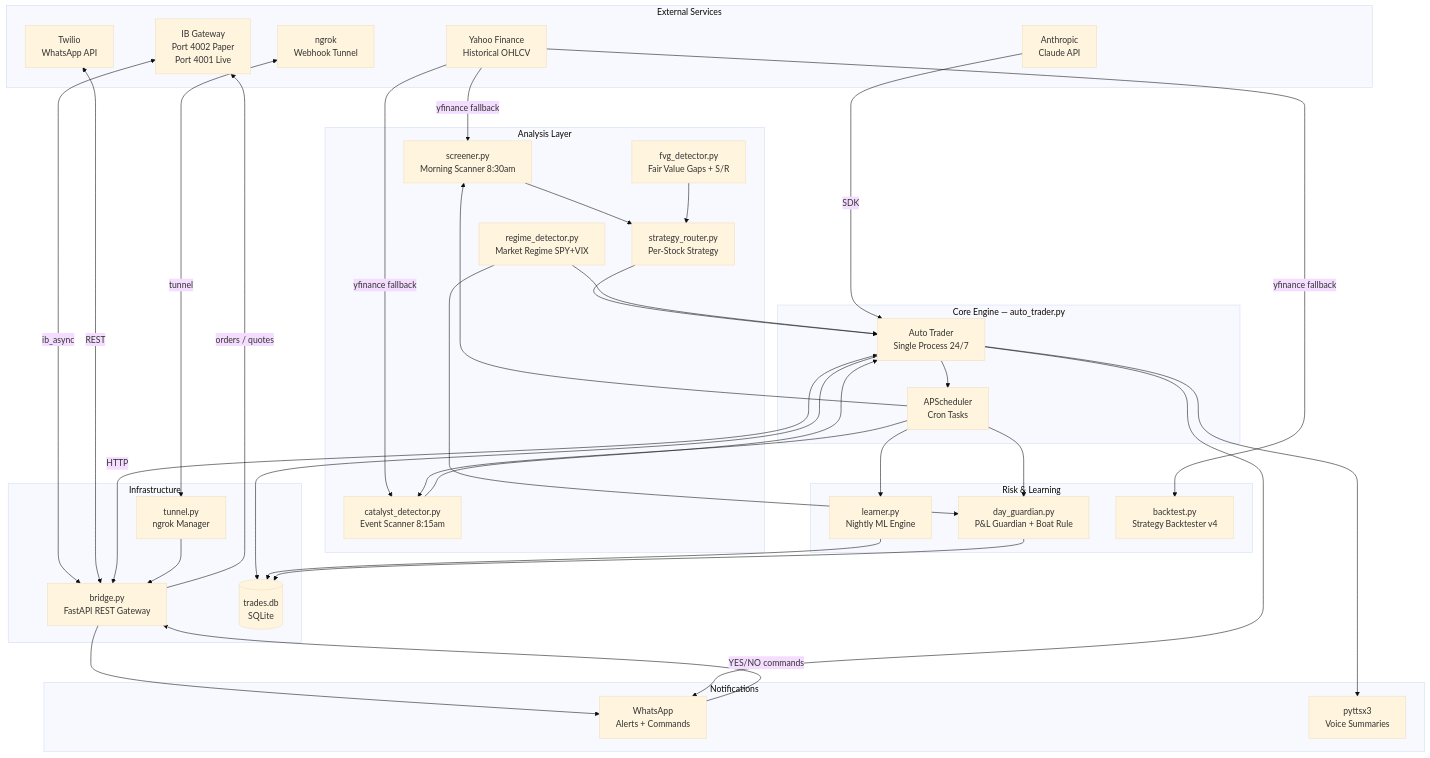
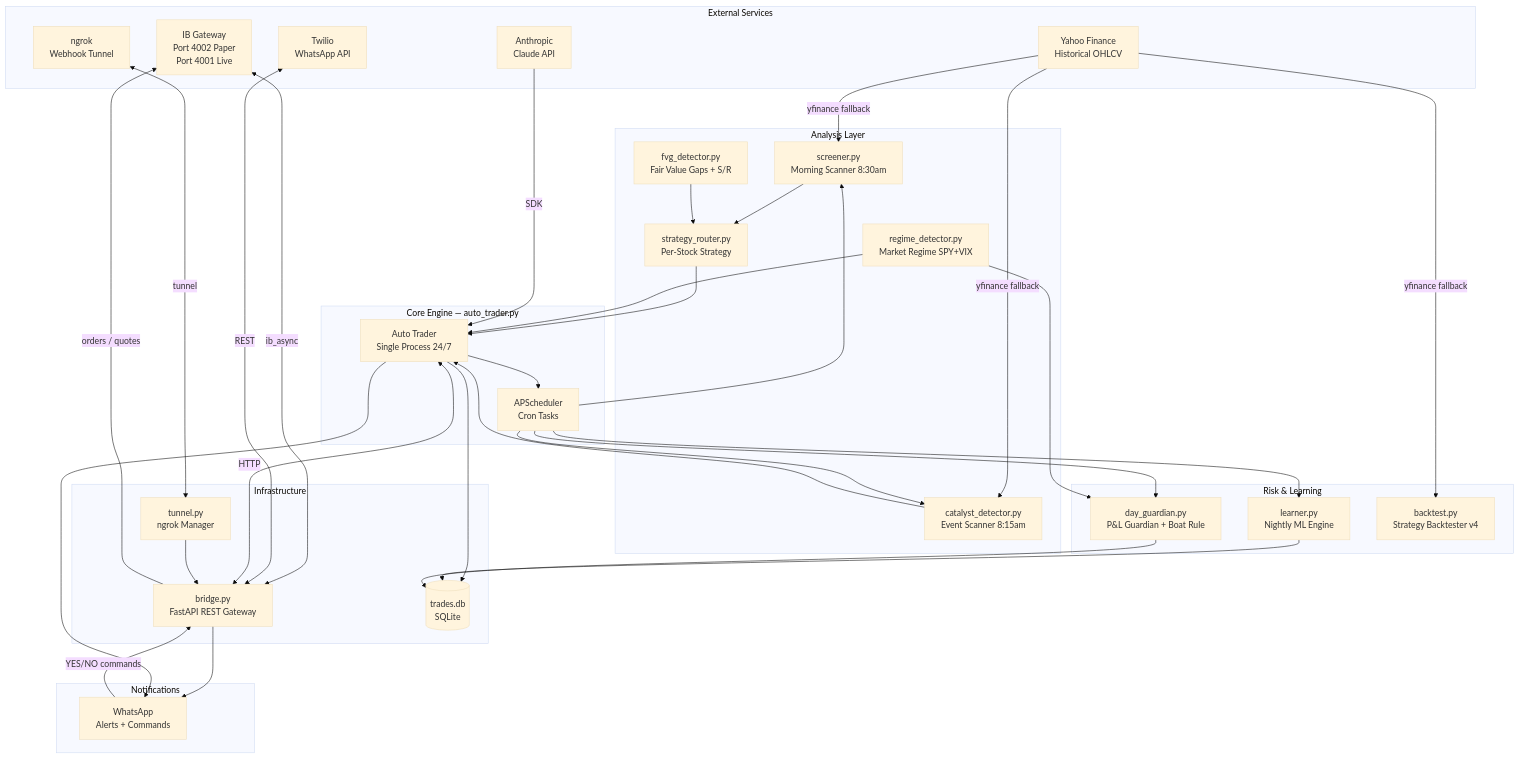
Before and after one commit to tak2sushil-lab/trading: the second of 6 diagrams in README.md, drawn with Mermaid (base theme). The commit also changed other lines of this file and 4 other files, not shown here.

````diff
--- a/README.md
+++ b/README.md
@@ -32,64 +32,63 @@
 ```mermaid
 graph TB
     subgraph External["External Services"]
         IBKR[IB Gateway<br/>Port 4002 Paper<br/>Port 4001 Live]
         YF[Yahoo Finance<br/>Historical OHLCV]
         TWILIO[Twilio<br/>WhatsApp API]
         CLAUDE[Anthropic<br/>Claude API]
         NGROK[ngrok<br/>Webhook Tunnel]
     end
 
     subgraph Core["Core Engine — auto_trader.py"]
         AT[Auto Trader<br/>Single Process 24/7]
         SCHED[APScheduler<br/>Cron Tasks]
     end
 
     subgraph Analysis["Analysis Layer"]
         SCR[screener.py<br/>Morning Scanner 8:30am]
         CAT[catalyst_detector.py<br/>Event Scanner 8:15am]
         REG[regime_detector.py<br/>Market Regime SPY+VIX]
         FVG[fvg_detector.py<br/>Fair Value Gaps + S/R]
         SR[strategy_router.py<br/>Per-Stock Strategy]
     end
 
     subgraph Risk["Risk & Learning"]
         DG[day_guardian.py<br/>P&L Guardian + Boat Rule]
         LRN[learner.py<br/>Nightly ML Engine]
         BT[backtest.py<br/>Strategy Backtester v4]
     end
 
     subgraph Infra["Infrastructure"]
         BRIDGE[bridge.py<br/>FastAPI REST Gateway]
         DB[(trades.db<br/>SQLite)]
         TUNNEL[tunnel.py<br/>ngrok Manager]
     end
 
     subgraph Notify["Notifications"]
         WA[WhatsApp<br/>Alerts + Commands]
-        VOICE[pyttsx3<br/>Voice Summaries]
     end
 
     IBKR <-->|ib_async| BRIDGE
     YF -->|yfinance fallback| SCR & CAT & BT
     CLAUDE -->|SDK| AT
     TWILIO <-->|REST| BRIDGE
     NGROK <-->|tunnel| TUNNEL
 
     AT --> SCHED
     SCHED --> SCR & CAT & DG & LRN
     SCR --> SR --> AT
     CAT --> AT
     REG --> AT & DG
     FVG --> SR
 
     AT <-->|HTTP| BRIDGE
     BRIDGE -->|orders / quotes| IBKR
     AT --> DB
     LRN --> DB
     DG --> DB
 
     BRIDGE --> WA
-    AT --> WA & VOICE
+    AT --> WA
     TUNNEL --> BRIDGE
     WA -->|YES/NO commands| BRIDGE
 ```
````
